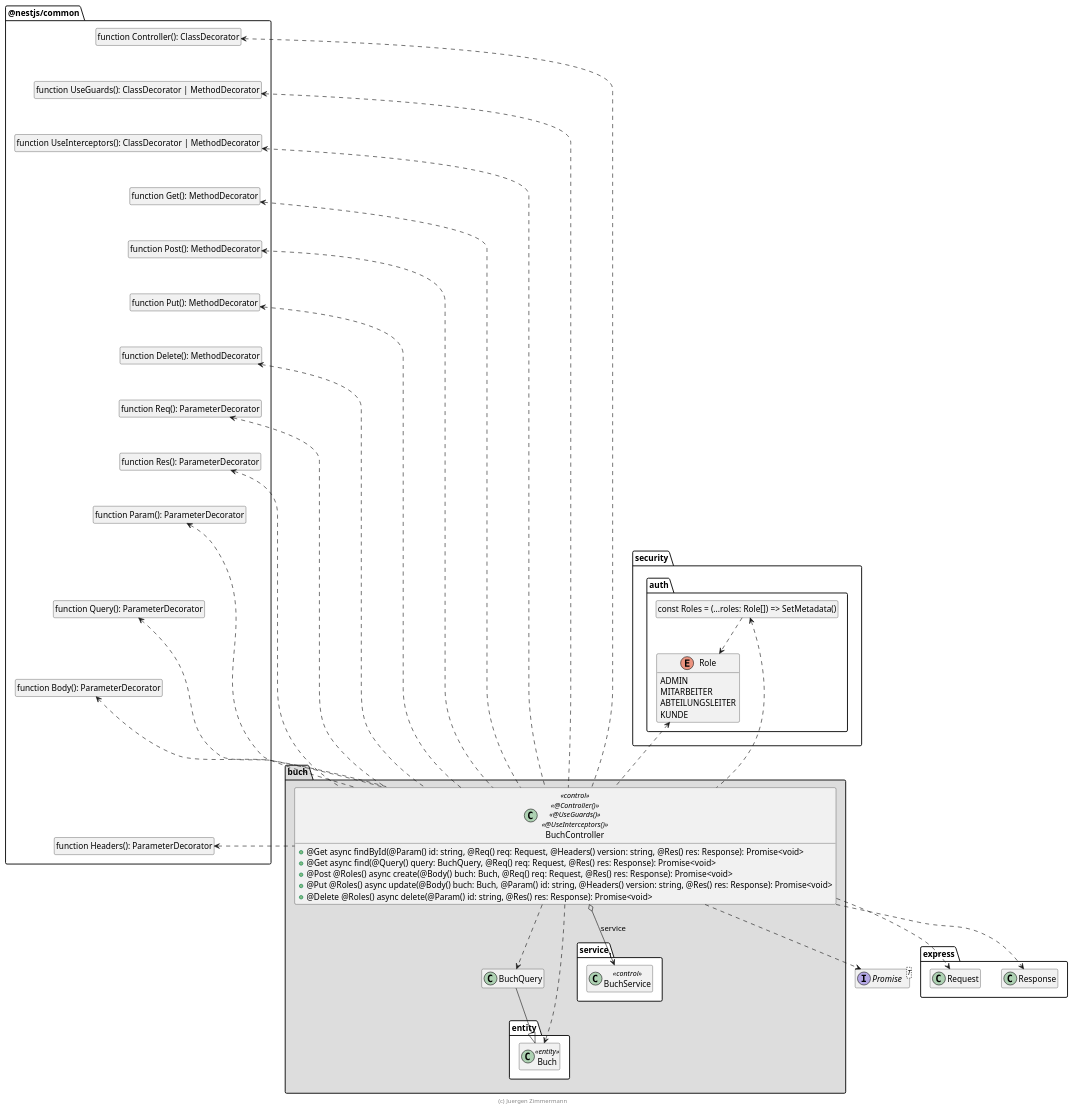
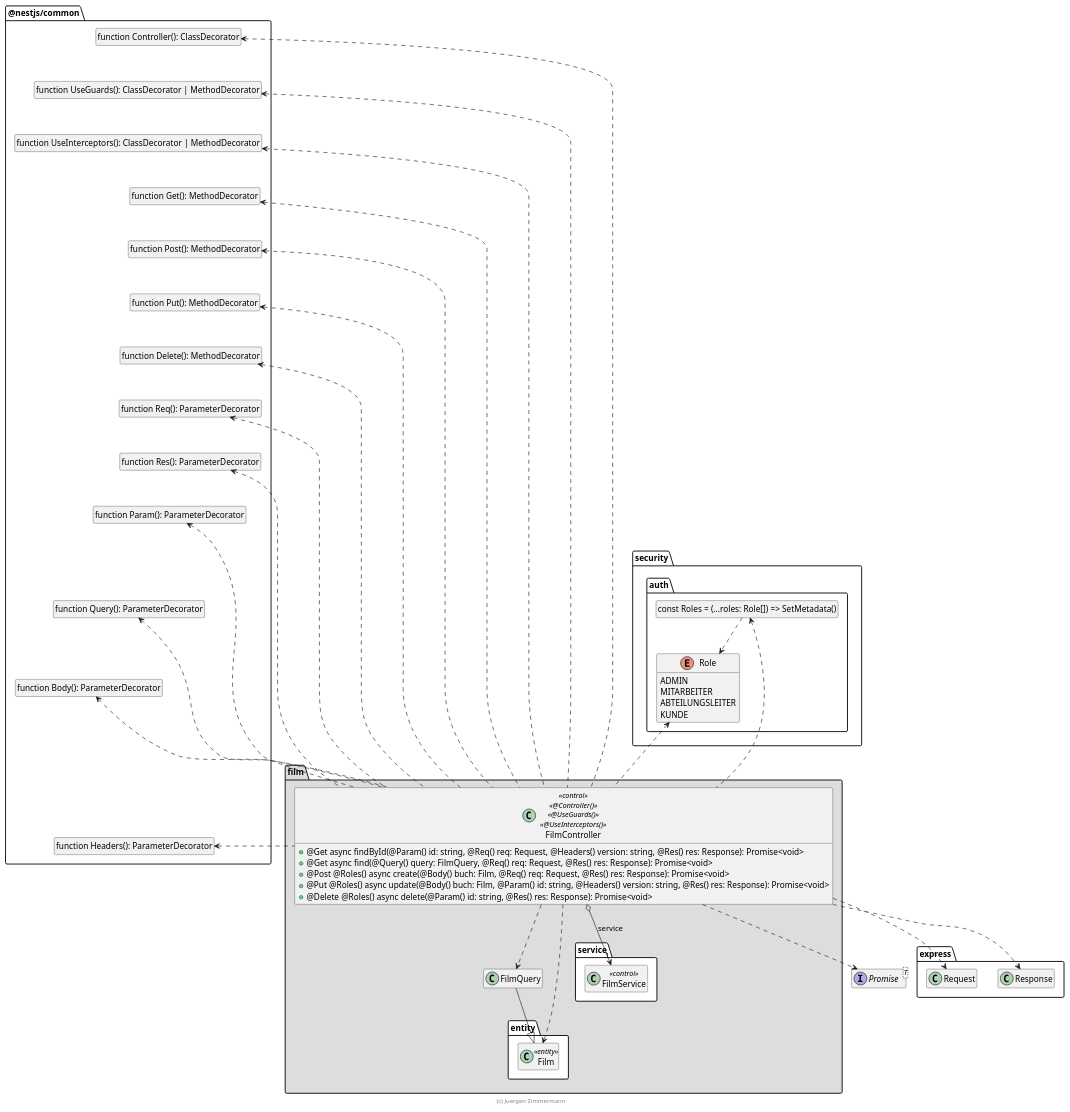
The diagram in extras/doc/entwicklerhandbuch/FilmController.puml (SWEGruppe8/Film), drawn with PlantUML before and after one commit. The commit also changed 3 other files, not shown here.

```diff
--- a/extras/doc/entwicklerhandbuch/FilmController.puml
+++ b/extras/doc/entwicklerhandbuch/FilmController.puml
@@ -1,128 +1,128 @@
 @startuml Controller-Klasse
 
 interface Promise<T>
 
 package @nestjs/common {
   class "function Controller(): ClassDecorator" as Controller
   hide Controller circle
 
   class "function UseGuards(): ClassDecorator | MethodDecorator" as UseGuards
   hide UseGuards circle
 
   class "function UseInterceptors(): ClassDecorator | MethodDecorator" as UseInterceptors
   hide UseInterceptors circle
 
   class "function Get(): MethodDecorator" as Get
   hide Get circle
 
   class "function Post(): MethodDecorator" as Post
   hide Post circle
 
   class "function Put(): MethodDecorator" as Put
   hide Put circle
 
   class "function Delete(): MethodDecorator" as Delete
   hide Delete circle
 
   class "function Req(): ParameterDecorator" as Req
   hide Req circle
 
   class "function Res(): ParameterDecorator" as Res
   hide Res circle
 
   class "function Param(): ParameterDecorator" as Param
   hide Param circle
 
   class "function Query(): ParameterDecorator" as Query
   hide Query circle
 
   class "function Body(): ParameterDecorator" as Body
   hide Body circle
 
   class "function Headers(): ParameterDecorator" as Headers
   hide Headers circle
 
   Controller -[hidden]down-> UseGuards
   UseGuards -[hidden]down-> UseInterceptors
   UseInterceptors -[hidden]down-> Get
   Get -[hidden]down-> Post
   Post -[hidden]down-> Put
   Put -[hidden]down-> Delete
   Delete -[hidden]down-> Req
   Req -[hidden]down-> Res
   Res -[hidden]down-> Param
   Param -[hidden]down-> Query
   Query -[hidden]down-> Body
   Body -[hidden]down-> Headers
 }
 
 package express {
   class Request
   class Response
 }
 
 package security.auth {
   enum Role {
     ADMIN
     MITARBEITER
     ABTEILUNGSLEITER
     KUNDE
   }
 
   class "const Roles = (...roles: Role[]) => SetMetadata()" as Roles
   hide Roles circle
 
   Roles ..> Role
 }
 
-package buch #DDDDDD {
+package film #DDDDDD {
   package entity #FFFFFF {
-    class Buch <<entity>>
+    class Film <<entity>>
   }
 
   package service #FFFFFF {
-    class BuchService << control >>
+    class FilmService << control >>
   }
 
-  BuchQuery --|> Buch
+  FilmQuery --|> Film
 
-  BuchController o-down-> "1" BuchService : service
-  BuchController ..> Buch
+  FilmController o-down-> "1" FilmService : service
+  FilmController ..> Film
 
-  BuchController .up.> Controller
-  BuchController .up.> UseGuards
-  BuchController .up.> UseInterceptors
-  BuchController .up.> Get
-  BuchController .up.> Post
-  BuchController .up.> Put
-  BuchController .up.> Delete
-  BuchController .up.> Req
-  BuchController .up.> Res
-  BuchController .up.> Param
-  BuchController .up.> Query
-  BuchController .up.> Body
-  BuchController .up.> Headers
+  FilmController .up.> Controller
+  FilmController .up.> UseGuards
+  FilmController .up.> UseInterceptors
+  FilmController .up.> Get
+  FilmController .up.> Post
+  FilmController .up.> Put
+  FilmController .up.> Delete
+  FilmController .up.> Req
+  FilmController .up.> Res
+  FilmController .up.> Param
+  FilmController .up.> Query
+  FilmController .up.> Body
+  FilmController .up.> Headers
 
-  BuchController .up.> Roles
-  BuchController .up.> Role
+  FilmController .up.> Roles
+  FilmController .up.> Role
 
-  BuchController ..> BuchQuery
+  FilmController ..> FilmQuery
 
-  BuchController ..> Request
-  BuchController ..> Response
-  BuchController ..> Promise
+  FilmController ..> Request
+  FilmController ..> Response
+  FilmController ..> Promise
 
-  class BuchController << control >> << @Controller() >> << @UseGuards() >> << @UseInterceptors() >> {
+  class FilmController << control >> << @Controller() >> << @UseGuards() >> << @UseInterceptors() >> {
     + @Get async findById(@Param() id: string, @Req() req: Request, @Headers() version: string, @Res() res: Response): Promise<void>
-    + @Get async find(@Query() query: BuchQuery, @Req() req: Request,  @Res() res: Response): Promise<void>
-    + @Post @Roles() async create(@Body() buch: Buch, @Req() req: Request,  @Res() res: Response): Promise<void>
-    + @Put @Roles() async update(@Body() buch: Buch, @Param() id: string, @Headers() version: string, @Res() res: Response): Promise<void>
+    + @Get async find(@Query() query: FilmQuery, @Req() req: Request,  @Res() res: Response): Promise<void>
+    + @Post @Roles() async create(@Body() buch: Film, @Req() req: Request,  @Res() res: Response): Promise<void>
+    + @Put @Roles() async update(@Body() buch: Film, @Param() id: string, @Headers() version: string, @Res() res: Response): Promise<void>
     + @Delete @Roles() async delete(@Param() id: string, @Res() res: Response): Promise<void>
   }
 }
 
 hide empty members
 
 footer (c) Juergen Zimmermann
 
 @enduml
```
